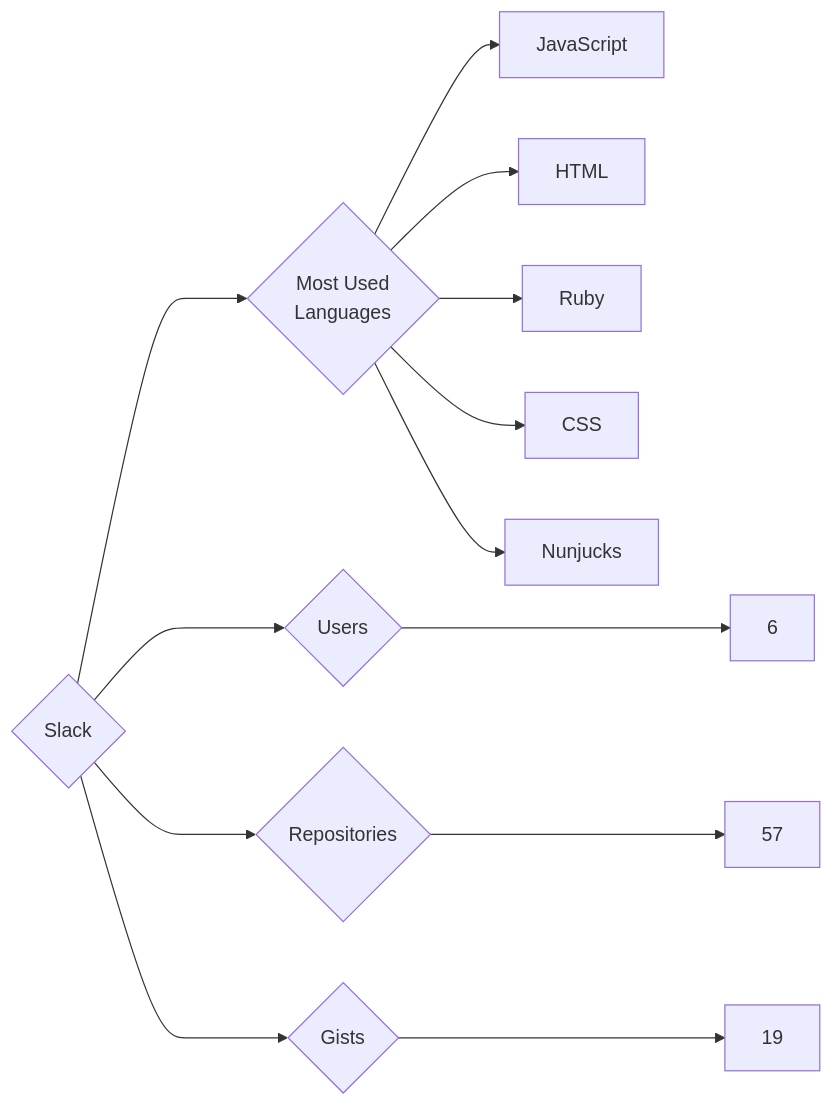
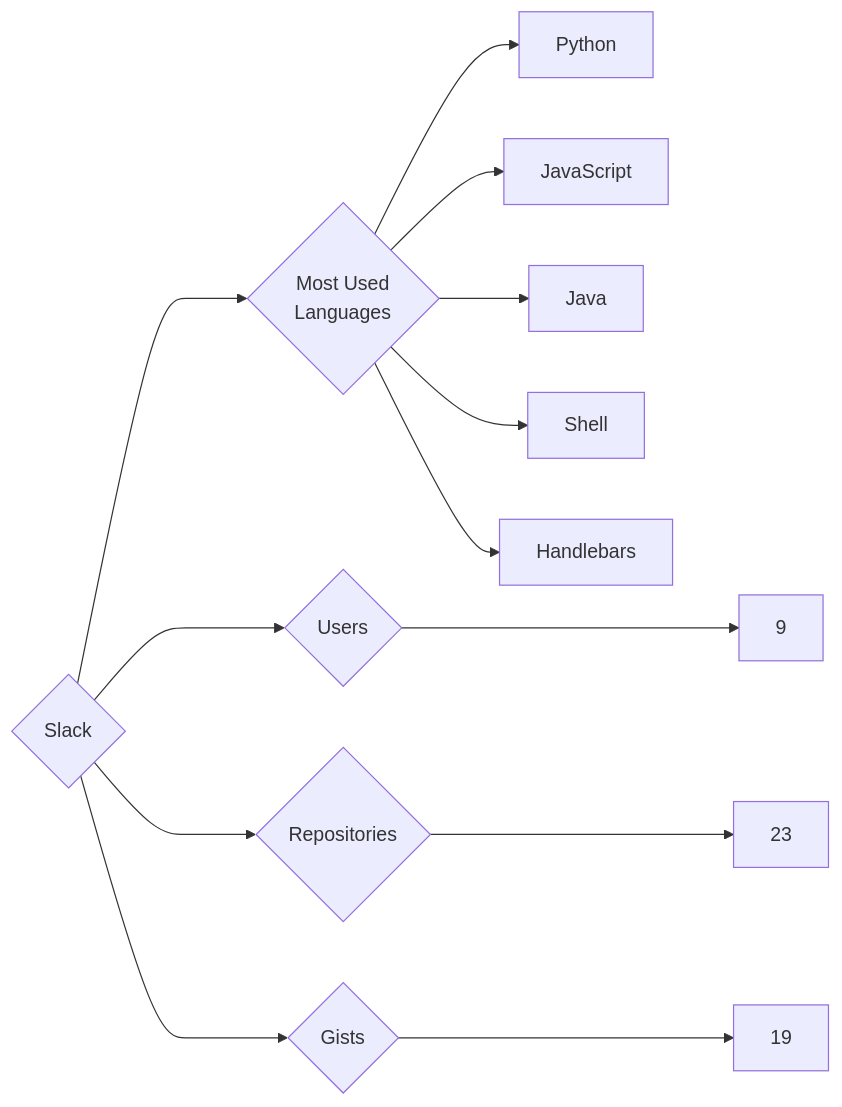
One commit to trickest/insiders changed the diagram in targets/Slack/README.md. Above: the diagram before and after it, drawn with Mermaid. The commit also changed 1479 other files, not shown here.

````diff
--- a/targets/Slack/README.md
+++ b/targets/Slack/README.md
@@ -3,13 +3,13 @@
 ```mermaid
 graph LR
 COMPANY_NAME{Slack}
-COMPANY_NAME ---> U{Users} ---> UN[6]
-COMPANY_NAME ---> R{Repositories} ---> RN[57]
+COMPANY_NAME ---> U{Users} ---> UN[9]
+COMPANY_NAME ---> R{Repositories} ---> RN[23]
 COMPANY_NAME ---> G{Gists} ---> GN[19]
 COMPANY_NAME ---> ML{Most Used<br>Languages}
+ML --> Python[Python]
 ML --> JavaScript[JavaScript]
-ML --> HTML[HTML]
-ML --> Ruby[Ruby]
-ML --> CSS[CSS]
-ML --> Nunjucks[Nunjucks]
+ML --> Java[Java]
+ML --> Shell[Shell]
+ML --> Handlebars[Handlebars]
 ```
````
